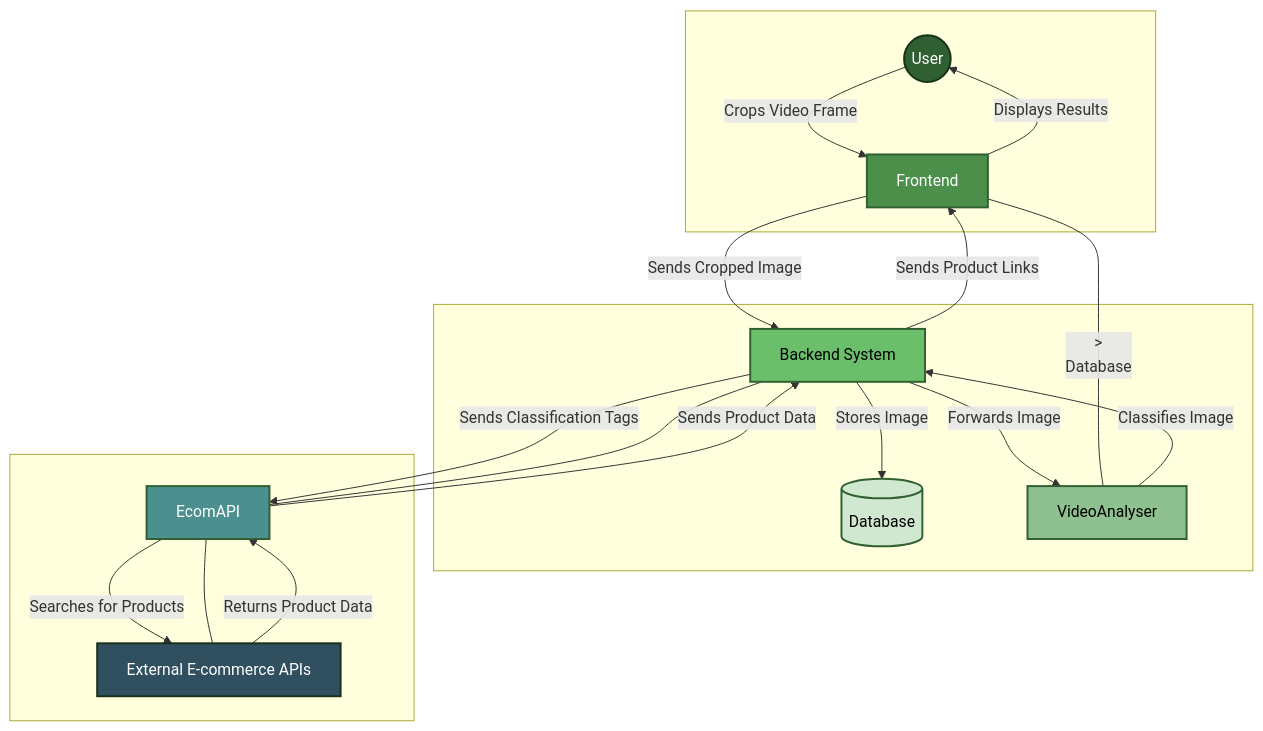
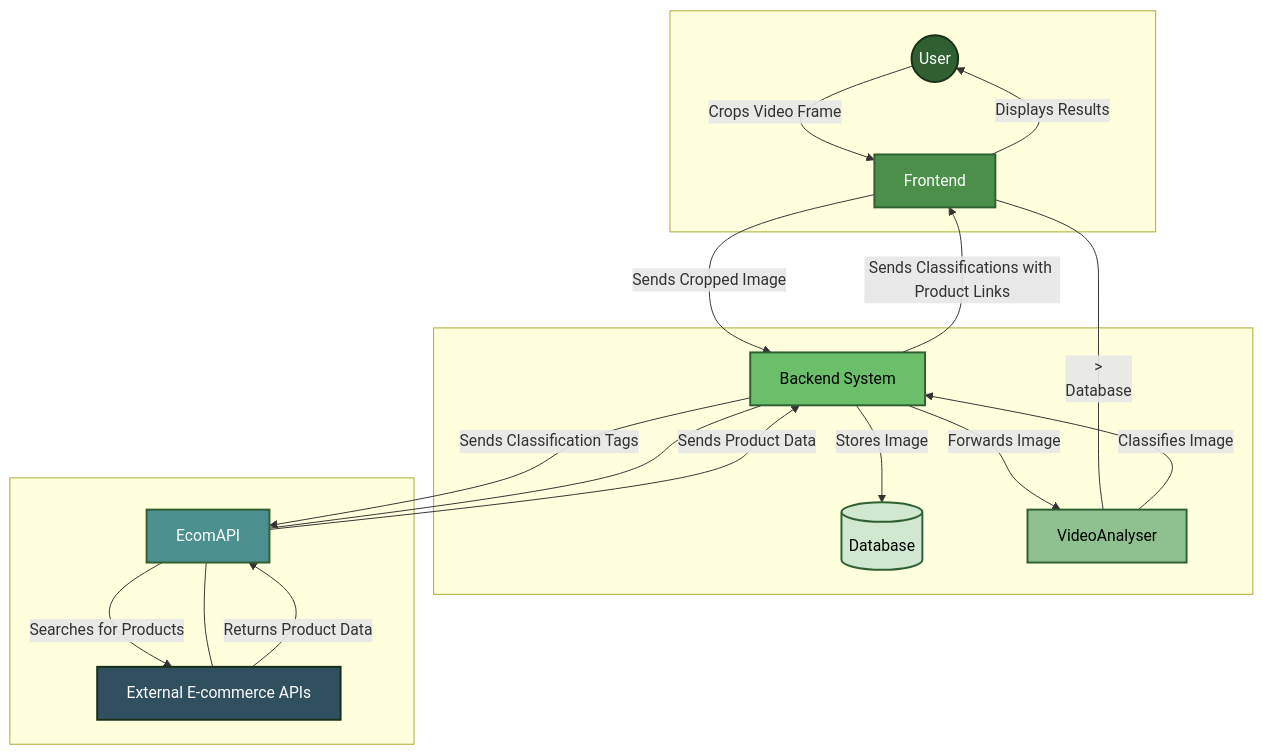
The second of 2 diagrams in TechnicalDiagrams.md (Deeku-Zeus/EcomMediaPlayer), drawn with Mermaid before and after one commit.

Commit message:
made changes to the theme of the flow diagram

````diff
--- a/TechnicalDiagrams.md
+++ b/TechnicalDiagrams.md
@@ -38,67 +38,67 @@
 ```mermaid
 flowchart TB
     %% External Entities
     User((User)) -->|Crops Video Frame| Frontend[Frontend]
 
     %% Data Flow: Frontend to Backend
     Frontend -->|Sends Cropped Image| Backend[Backend System]
 
     %% Data Storage
     Backend -->|Stores Image| Database[(Database)]
 
     %% Image Classification
     Backend -->|Forwards Image| VideoAnalyser[VideoAnalyser]
     VideoAnalyser -->|Classifies Image| Backend
 
     %% E-commerce Search
     Backend -->|Sends Classification Tags| EcomAPI[EcomAPI]
     EcomAPI -->|Searches for Products| ExternalAPIs[External E-commerce APIs]
     ExternalAPIs -->|Returns Product Data| EcomAPI
 
     %% Display Results
     EcomAPI -->|Sends Product Data| Backend
-    Backend -->|Sends Product Links| Frontend
+    Backend -->|Sends Classifications with Product Links| Frontend
     Frontend -->|Displays Results| User
 
     %% Custom Styling
     classDef userStyle fill:#306032,stroke:#183018,stroke-width:2px,color:white;
     classDef frontendStyle fill:#4b8f4b,stroke:#306032,stroke-width:2px,color:white;
     classDef backendStyle fill:#6bbf6b,stroke:#306032,stroke-width:2px,color:black;
     classDef databaseStyle fill:#cfe8cf,stroke:#306032,stroke-width:2px,color:black;
     classDef videoAnalyserStyle fill:#8fc08f,stroke:#306032,stroke-width:2px,color:black;
     classDef ecomApiStyle fill:#4b8f8f,stroke:#306032,stroke-width:2px,color:white;
     classDef externalApiStyle fill:#305060,stroke:#183018,stroke-width:2px,color:white;
 
     %% Applying Styles to Nodes
     class User userStyle;
     class Frontend frontendStyle;
     class Backend backendStyle;
     class Database databaseStyle;
     class VideoAnalyser videoAnalyserStyle;
     class EcomAPI ecomApiStyle;
     class ExternalAPIs externalApiStyle;
 
     %% Adjusting Spacing
     Frontend --&gt;
     Database --- VideoAnalyser;
     Backend --- EcomAPI;
     EcomAPI --- ExternalAPIs;
 
     %% Adding some spacing between the rows
     subgraph Row_1[ ]
         User
         Frontend
     end
 
     subgraph Row_2[ ]
         Backend
         Database
         VideoAnalyser
     end
 
     subgraph Row_3[ ]
         EcomAPI
         ExternalAPIs
     end
 
 ```
````
